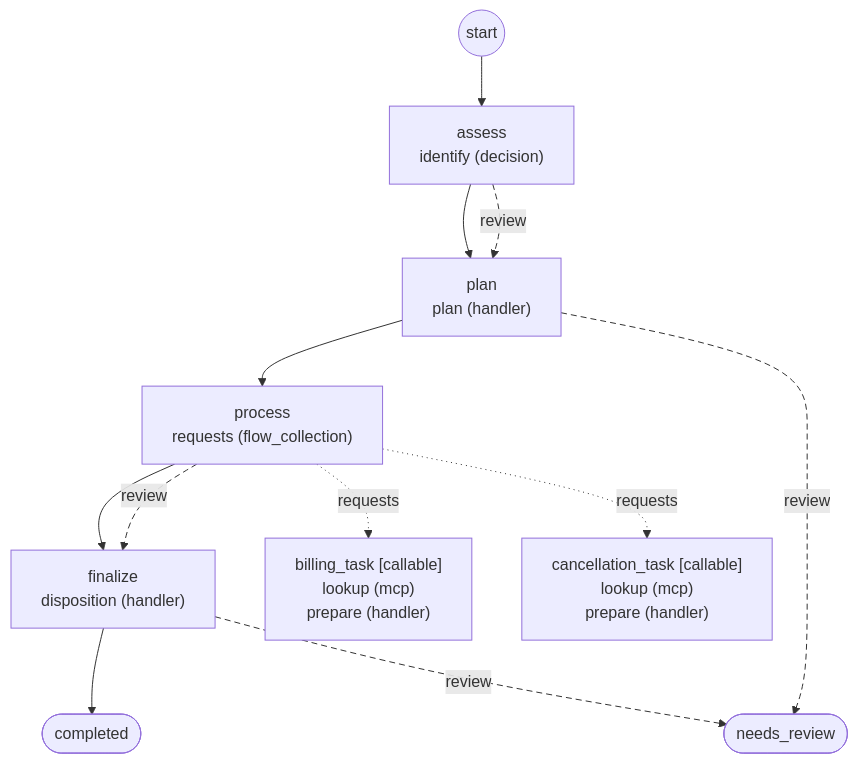
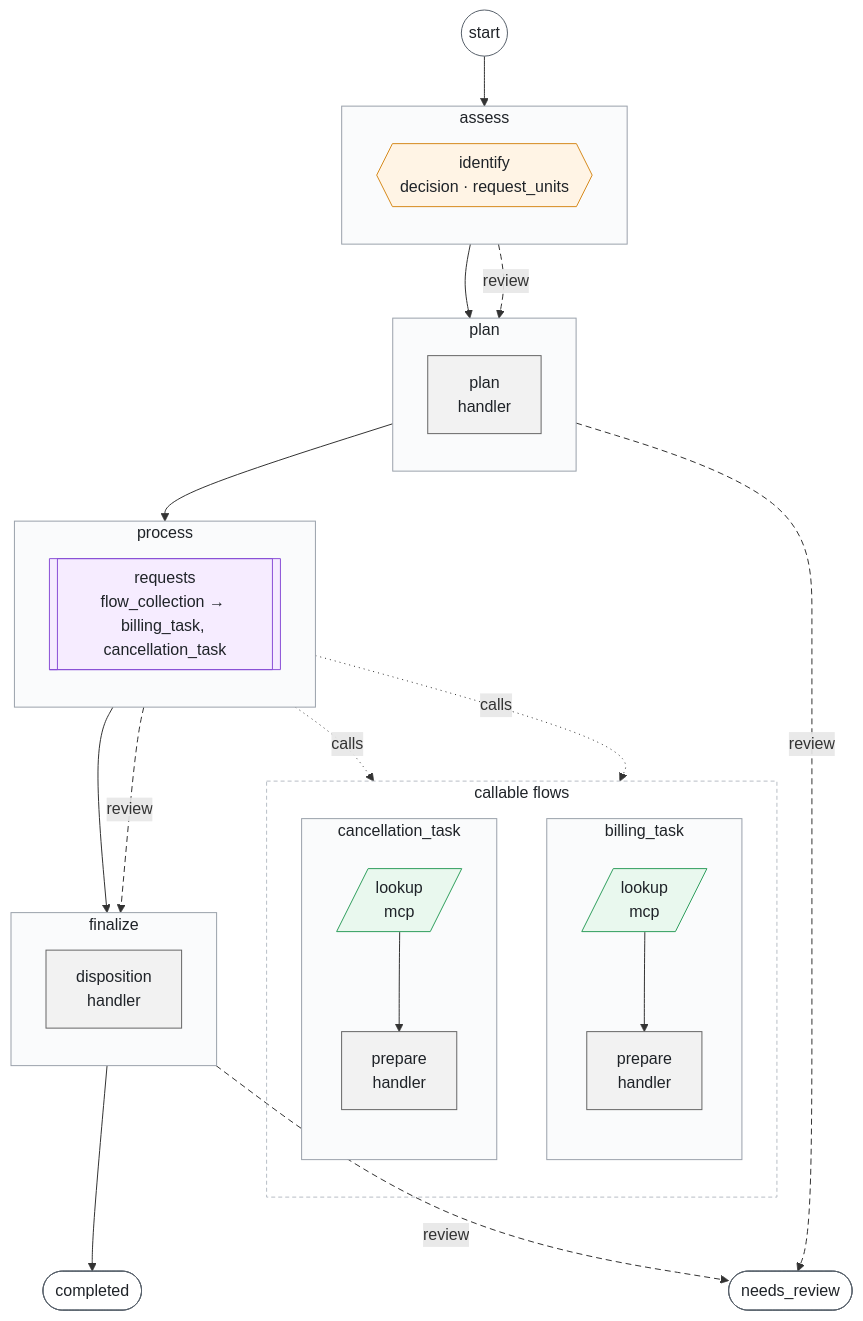
The fourth of 4 diagrams in examples/support_email_tutorial/WORKFLOWS.md (sebastianwessel/foliqant), drawn with Mermaid before and after one commit. The commit also changed other lines of this file and 21 other files, not shown here.

First line of the commit message:
Render workflow graphs as subgraphs with steps, shapes and a legend

````diff
--- a/examples/support_email_tutorial/WORKFLOWS.md
+++ b/examples/support_email_tutorial/WORKFLOWS.md
@@ -55,29 +125,64 @@
 ```mermaid
 flowchart TD
-  start((start))
-  flow_assess["assess<br/>identify (decision)"]
-  flow_plan["plan<br/>plan (handler)"]
-  flow_process["process<br/>requests (flow_collection)"]
-  flow_finalize["finalize<br/>disposition (handler)"]
-  flow_billing_task["billing_task [callable]<br/>lookup (mcp)<br/>prepare (handler)"]
-  flow_cancellation_task["cancellation_task [callable]<br/>lookup (mcp)<br/>prepare (handler)"]
-  outcome_completed(["completed"])
-  outcome_needs_review(["needs_review"])
-  start --> flow_assess
-  flow_assess --> flow_plan
-  flow_assess -.->|"review"| flow_plan
-  flow_plan --> flow_process
-  flow_plan -.->|"review"| outcome_needs_review
-  flow_process --> flow_finalize
-  flow_process -.->|"review"| flow_finalize
-  flow_process -.->|"requests"| flow_billing_task
-  flow_process -.->|"requests"| flow_cancellation_task
-  flow_finalize --> outcome_completed
-  flow_finalize -.->|"review"| outcome_needs_review
-  linkStyle 2 stroke-dasharray: 6 4
-  linkStyle 4 stroke-dasharray: 6 4
-  linkStyle 6 stroke-dasharray: 6 4
-  linkStyle 7 stroke-dasharray: 1 4
-  linkStyle 8 stroke-dasharray: 1 4
-  linkStyle 10 stroke-dasharray: 6 4
+  start__((start))
+  subgraph assess["assess"]
+    direction TB
+    assess__identify{{"identify<br/>decision · request_units"}}
+  end
+  subgraph plan["plan"]
+    direction TB
+    plan__plan["plan<br/>handler"]
+  end
+  subgraph process["process"]
+    direction TB
+    process__requests[["requests<br/>flow_collection → billing_task, cancellation_task"]]
+  end
+  subgraph finalize["finalize"]
+    direction TB
+    finalize__disposition["disposition<br/>handler"]
+  end
+  subgraph callable__["callable flows"]
+    direction TB
+    subgraph billing_task["billing_task"]
+      direction TB
+      billing_task__lookup[/"lookup<br/>mcp"/]
+      billing_task__prepare["prepare<br/>handler"]
+      billing_task__lookup --> billing_task__prepare
+    end
+    subgraph cancellation_task["cancellation_task"]
+      direction TB
+      cancellation_task__lookup[/"lookup<br/>mcp"/]
+      cancellation_task__prepare["prepare<br/>handler"]
+      cancellation_task__lookup --> cancellation_task__prepare
+    end
+  end
+  outcome_completed__(["completed"])
+  outcome_needs_review__(["needs_review"])
+  start__ --> assess
+  assess --> plan
+  assess -.->|"review"| plan
+  plan --> process
+  plan -.->|"review"| outcome_needs_review__
+  process --> finalize
+  process -.->|"review"| finalize
+  process -.->|"calls"| billing_task
+  process -.->|"calls"| cancellation_task
+  finalize --> outcome_completed__
+  finalize -.->|"review"| outcome_needs_review__
+  classDef decision fill:#fff4e5,stroke:#d68a1d,color:#1f2328
+  classDef handler fill:#f2f2f2,stroke:#666666,color:#1f2328
+  classDef mcp fill:#e9f8ee,stroke:#2f9e5d,color:#1f2328
+  classDef collection fill:#f6ecff,stroke:#8a4fd6,color:#1f2328
+  classDef flow fill:#fafbfc,stroke:#9aa1ab,color:#1f2328
+  classDef group fill:none,stroke:#b8bec6,stroke-dasharray: 4 3,color:#1f2328
+  classDef terminal fill:#ffffff,stroke:#57606a,color:#1f2328
+  class assess__identify decision
+  class plan__plan,finalize__disposition,billing_task__prepare,cancellation_task__prepare handler
+  class billing_task__lookup,cancellation_task__lookup mcp
+  class process__requests collection
+  class assess,plan,process,finalize,billing_task,cancellation_task flow
+  class callable__ group
+  class start__,outcome_completed__,outcome_needs_review__ terminal
+  linkStyle 4,6,8,12 stroke-dasharray: 6 4
+  linkStyle 9,10 stroke-dasharray: 1 4
 ```
````
